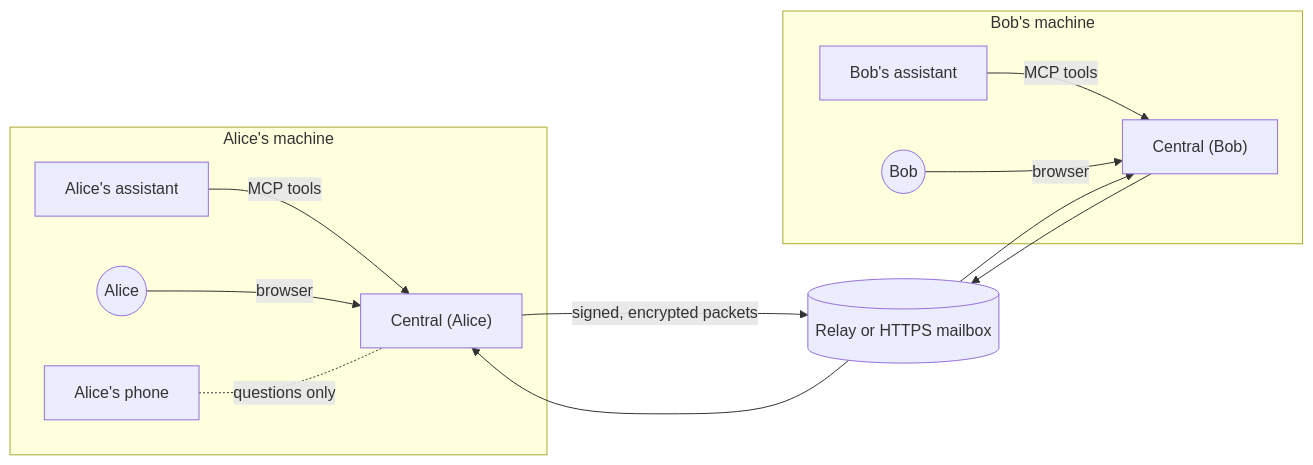
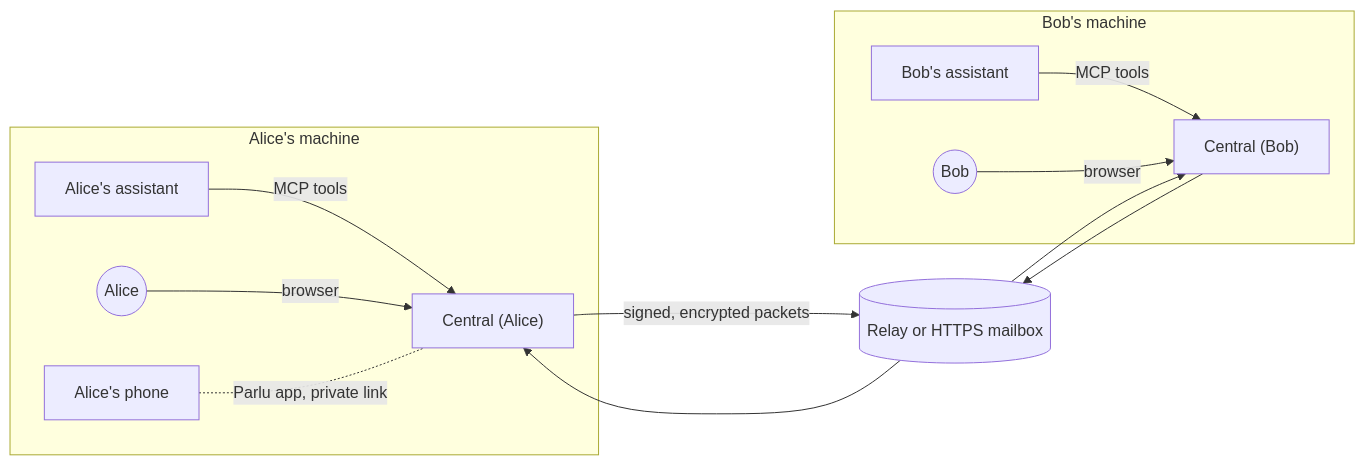
The diagram in ARCHITECTURE.md (EmotiveImpact/Assistant-Central), drawn with Mermaid before and after one commit. The commit also changed other lines of this file and 52 other files, not shown here.

First line of the commit message:
The Parlu phone app, built with Expo (#52)

````diff
--- a/ARCHITECTURE.md
+++ b/ARCHITECTURE.md
@@ -17,15 +17,15 @@
 ```mermaid
 flowchart LR
   subgraph A["Alice's machine"]
     AA["Alice's assistant"] -- MCP tools --> AC["Central (Alice)"]
     AO(("Alice")) -- browser --> AC
-    AP["Alice's phone"] -. questions only .- AC
+    AP["Alice's phone"] -. Parlu app, private link .- AC
   end
   subgraph B["Bob's machine"]
     BA["Bob's assistant"] -- MCP tools --> BC["Central (Bob)"]
     BO(("Bob")) -- browser --> BC
   end
   AC -- "signed, encrypted packets" --> R[("Relay or HTTPS mailbox")]
   R --> BC
   BC --> R --> AC
 ```
````
